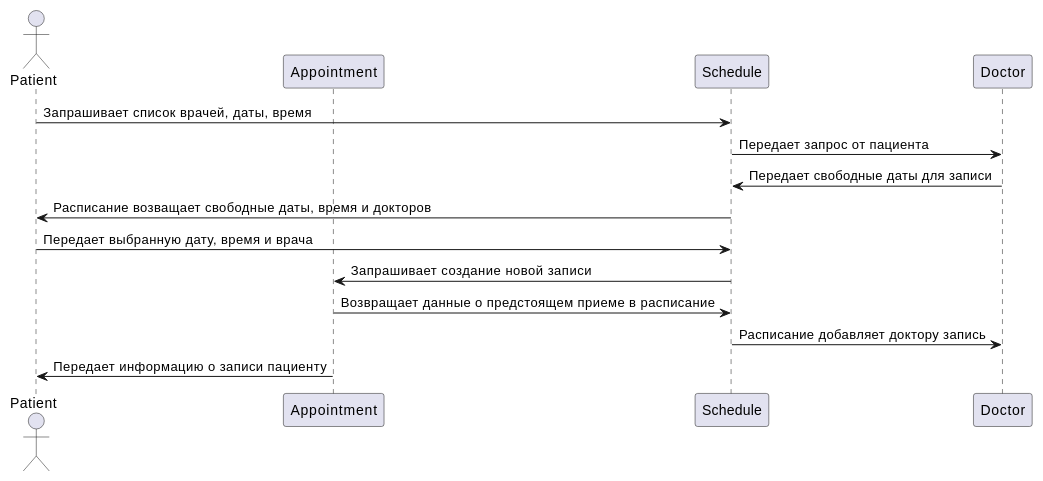
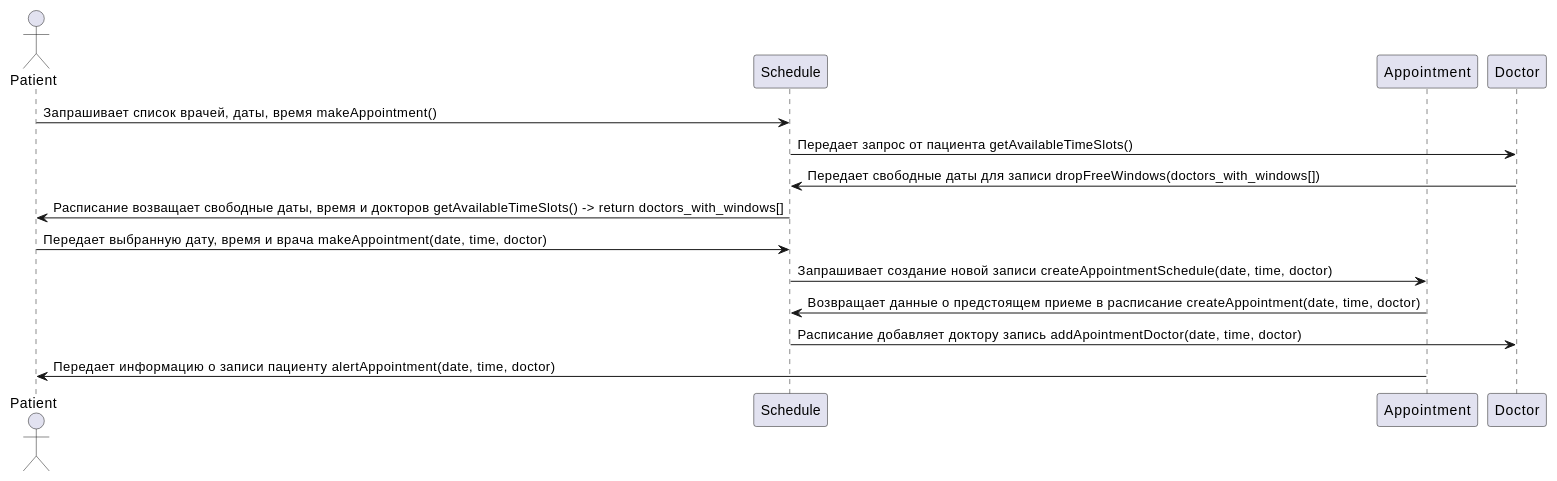
One commit to penamarth/bsbo-01-22_team2_var3 changed the diagram in sequence_diagram_1.md. Above: the diagram before and after it, drawn with PlantUML.

````diff
--- a/sequence_diagram_1.md
+++ b/sequence_diagram_1.md
@@ -1,21 +1,22 @@
 ```plantuml
 @startuml sequence_diagram_1
 
 actor Patient
+participant Schedule
 participant Appointment
-participant Schedule
 participant Doctor
 
 
-Patient -> Schedule: Запрашивает список врачей, даты, время
-Schedule -> Doctor: Передает запрос от пациента
-Doctor -> Schedule: Передает свободные даты для записи
-Schedule -> Patient: Расписание возващает свободные даты, время и докторов
-Patient -> Schedule: Передает выбранную дату, время и врача
-Schedule -> Appointment: Запрашивает создание новой записи
-Appointment -> Schedule: Возвращает данные о предстоящем приеме в расписание
-Schedule -> Doctor: Расписание добавляет доктору запись
-Appointment -> Patient: Передает информацию о записи пациенту
+Patient -> Schedule: Запрашивает список врачей, даты, время makeAppointment()
+Schedule -> Doctor: Передает запрос от пациента getAvailableTimeSlots()
+Doctor -> Schedule: Передает свободные даты для записи dropFreeWindows(doctors_with_windows[])
+Schedule -> Patient: Расписание возващает свободные даты, время и докторов getAvailableTimeSlots() -> return doctors_with_windows[]
+Patient -> Schedule: Передает выбранную дату, время и врача makeAppointment(date, time, doctor)
+Schedule -> Appointment: Запрашивает создание новой записи createAppointmentSchedule(date, time, doctor)
+Appointment -> Schedule: Возвращает данные о предстоящем приеме в расписание createAppointment(date, time, doctor)
+Schedule -> Doctor: Расписание добавляет доктору запись addApointmentDoctor(date, time, doctor)
+Appointment -> Patient: Передает информацию о записи пациенту alertAppointment(date, time, doctor)
 
 @enduml
+
 ```
````
